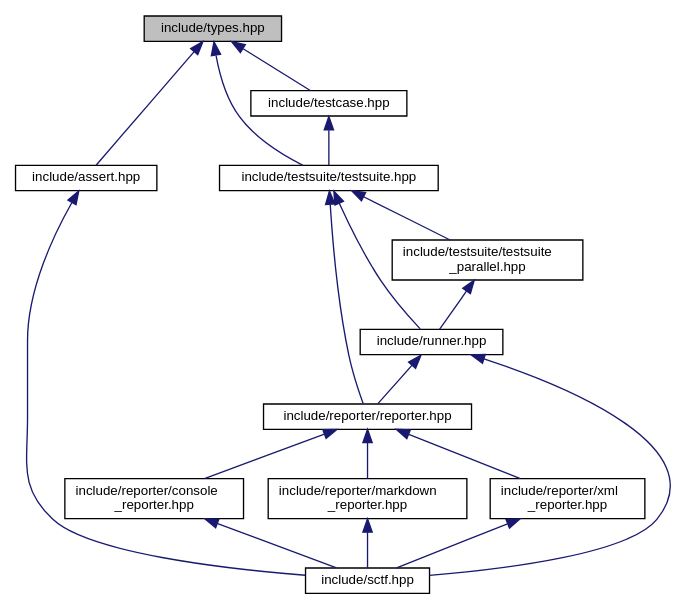
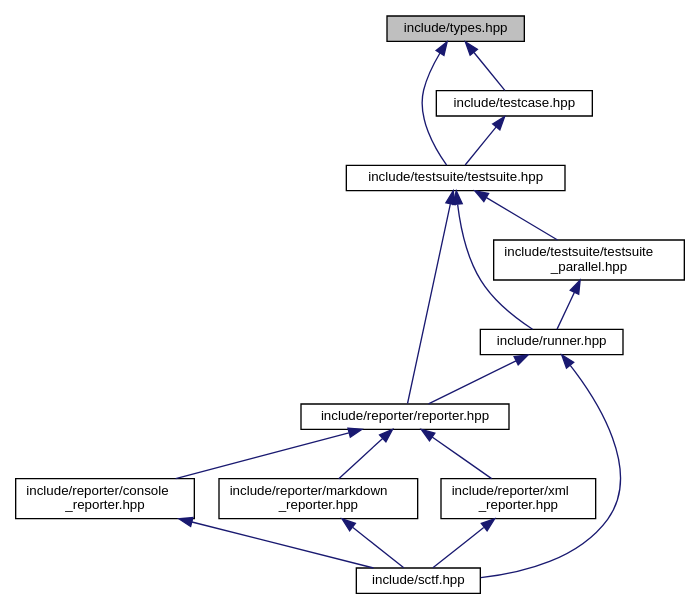
The diagram in docs/types_8hpp__dep__incl.dot (Jarthianur/TestPlusPlus), drawn with Graphviz before and after one commit. The commit also changed 138 other files, not shown here.

```diff
--- a/docs/types_8hpp__dep__incl.dot
+++ b/docs/types_8hpp__dep__incl.dot
@@ -1,33 +1,30 @@
 digraph "include/types.hpp"
 {
   edge [fontname="Helvetica",fontsize="10",labelfontname="Helvetica",labelfontsize="10"];
   node [fontname="Helvetica",fontsize="10",shape=record];
   Node2 [label="include/types.hpp",height=0.2,width=0.4,color="black", fillcolor="grey75", style="filled", fontcolor="black"];
   Node2 -> Node3 [dir="back",color="midnightblue",fontsize="10",style="solid",fontname="Helvetica"];
-  Node3 [label="include/assert.hpp",height=0.2,width=0.4,color="black", fillcolor="white", style="filled",URL="$assert_8hpp.html"];
+  Node3 [label="include/testsuite/testsuite.hpp",height=0.2,width=0.4,color="black", fillcolor="white", style="filled",URL="$testsuite_8hpp.html"];
   Node3 -> Node4 [dir="back",color="midnightblue",fontsize="10",style="solid",fontname="Helvetica"];
-  Node4 [label="include/sctf.hpp",height=0.2,width=0.4,color="black", fillcolor="white", style="filled",URL="$sctf_8hpp.html"];
-  Node2 -> Node5 [dir="back",color="midnightblue",fontsize="10",style="solid",fontname="Helvetica"];
-  Node5 [label="include/testsuite/testsuite.hpp",height=0.2,width=0.4,color="black", fillcolor="white", style="filled",URL="$testsuite_8hpp.html"];
+  Node4 [label="include/reporter/reporter.hpp",height=0.2,width=0.4,color="black", fillcolor="white", style="filled",URL="$reporter_8hpp.html"];
+  Node4 -> Node5 [dir="back",color="midnightblue",fontsize="10",style="solid",fontname="Helvetica"];
+  Node5 [label="include/reporter/console\l_reporter.hpp",height=0.2,width=0.4,color="black", fillcolor="white", style="filled",URL="$console__reporter_8hpp_source.html"];
   Node5 -> Node6 [dir="back",color="midnightblue",fontsize="10",style="solid",fontname="Helvetica"];
-  Node6 [label="include/reporter/reporter.hpp",height=0.2,width=0.4,color="black", fillcolor="white", style="filled",URL="$reporter_8hpp.html"];
-  Node6 -> Node7 [dir="back",color="midnightblue",fontsize="10",style="solid",fontname="Helvetica"];
-  Node7 [label="include/reporter/console\l_reporter.hpp",height=0.2,width=0.4,color="black", fillcolor="white", style="filled",URL="$console__reporter_8hpp_source.html"];
-  Node7 -> Node4 [dir="back",color="midnightblue",fontsize="10",style="solid",fontname="Helvetica"];
-  Node6 -> Node8 [dir="back",color="midnightblue",fontsize="10",style="solid",fontname="Helvetica"];
-  Node8 [label="include/reporter/markdown\l_reporter.hpp",height=0.2,width=0.4,color="black", fillcolor="white", style="filled",URL="$markdown__reporter_8hpp_source.html"];
-  Node8 -> Node4 [dir="back",color="midnightblue",fontsize="10",style="solid",fontname="Helvetica"];
-  Node6 -> Node9 [dir="back",color="midnightblue",fontsize="10",style="solid",fontname="Helvetica"];
-  Node9 [label="include/reporter/xml\l_reporter.hpp",height=0.2,width=0.4,color="black", fillcolor="white", style="filled",URL="$xml__reporter_8hpp_source.html"];
+  Node6 [label="include/sctf.hpp",height=0.2,width=0.4,color="black", fillcolor="white", style="filled",URL="$sctf_8hpp.html"];
+  Node4 -> Node7 [dir="back",color="midnightblue",fontsize="10",style="solid",fontname="Helvetica"];
+  Node7 [label="include/reporter/markdown\l_reporter.hpp",height=0.2,width=0.4,color="black", fillcolor="white", style="filled",URL="$markdown__reporter_8hpp_source.html"];
+  Node7 -> Node6 [dir="back",color="midnightblue",fontsize="10",style="solid",fontname="Helvetica"];
+  Node4 -> Node8 [dir="back",color="midnightblue",fontsize="10",style="solid",fontname="Helvetica"];
+  Node8 [label="include/reporter/xml\l_reporter.hpp",height=0.2,width=0.4,color="black", fillcolor="white", style="filled",URL="$xml__reporter_8hpp_source.html"];
+  Node8 -> Node6 [dir="back",color="midnightblue",fontsize="10",style="solid",fontname="Helvetica"];
+  Node3 -> Node9 [dir="back",color="midnightblue",fontsize="10",style="solid",fontname="Helvetica"];
+  Node9 [label="include/runner.hpp",height=0.2,width=0.4,color="black", fillcolor="white", style="filled",URL="$runner_8hpp_source.html"];
   Node9 -> Node4 [dir="back",color="midnightblue",fontsize="10",style="solid",fontname="Helvetica"];
-  Node5 -> Node10 [dir="back",color="midnightblue",fontsize="10",style="solid",fontname="Helvetica"];
-  Node10 [label="include/runner.hpp",height=0.2,width=0.4,color="black", fillcolor="white", style="filled",URL="$runner_8hpp_source.html"];
-  Node10 -> Node6 [dir="back",color="midnightblue",fontsize="10",style="solid",fontname="Helvetica"];
-  Node10 -> Node4 [dir="back",color="midnightblue",fontsize="10",style="solid",fontname="Helvetica"];
-  Node5 -> Node11 [dir="back",color="midnightblue",fontsize="10",style="solid",fontname="Helvetica"];
-  Node11 [label="include/testsuite/testsuite\l_parallel.hpp",height=0.2,width=0.4,color="black", fillcolor="white", style="filled",URL="$testsuite__parallel_8hpp_source.html"];
-  Node11 -> Node10 [dir="back",color="midnightblue",fontsize="10",style="solid",fontname="Helvetica"];
-  Node2 -> Node12 [dir="back",color="midnightblue",fontsize="10",style="solid",fontname="Helvetica"];
-  Node12 [label="include/testcase.hpp",height=0.2,width=0.4,color="black", fillcolor="white", style="filled",URL="$testcase_8hpp_source.html"];
-  Node12 -> Node5 [dir="back",color="midnightblue",fontsize="10",style="solid",fontname="Helvetica"];
+  Node9 -> Node6 [dir="back",color="midnightblue",fontsize="10",style="solid",fontname="Helvetica"];
+  Node3 -> Node10 [dir="back",color="midnightblue",fontsize="10",style="solid",fontname="Helvetica"];
+  Node10 [label="include/testsuite/testsuite\l_parallel.hpp",height=0.2,width=0.4,color="black", fillcolor="white", style="filled",URL="$testsuite__parallel_8hpp_source.html"];
+  Node10 -> Node9 [dir="back",color="midnightblue",fontsize="10",style="solid",fontname="Helvetica"];
+  Node2 -> Node11 [dir="back",color="midnightblue",fontsize="10",style="solid",fontname="Helvetica"];
+  Node11 [label="include/testcase.hpp",height=0.2,width=0.4,color="black", fillcolor="white", style="filled",URL="$testcase_8hpp_source.html"];
+  Node11 -> Node3 [dir="back",color="midnightblue",fontsize="10",style="solid",fontname="Helvetica"];
 }
```
